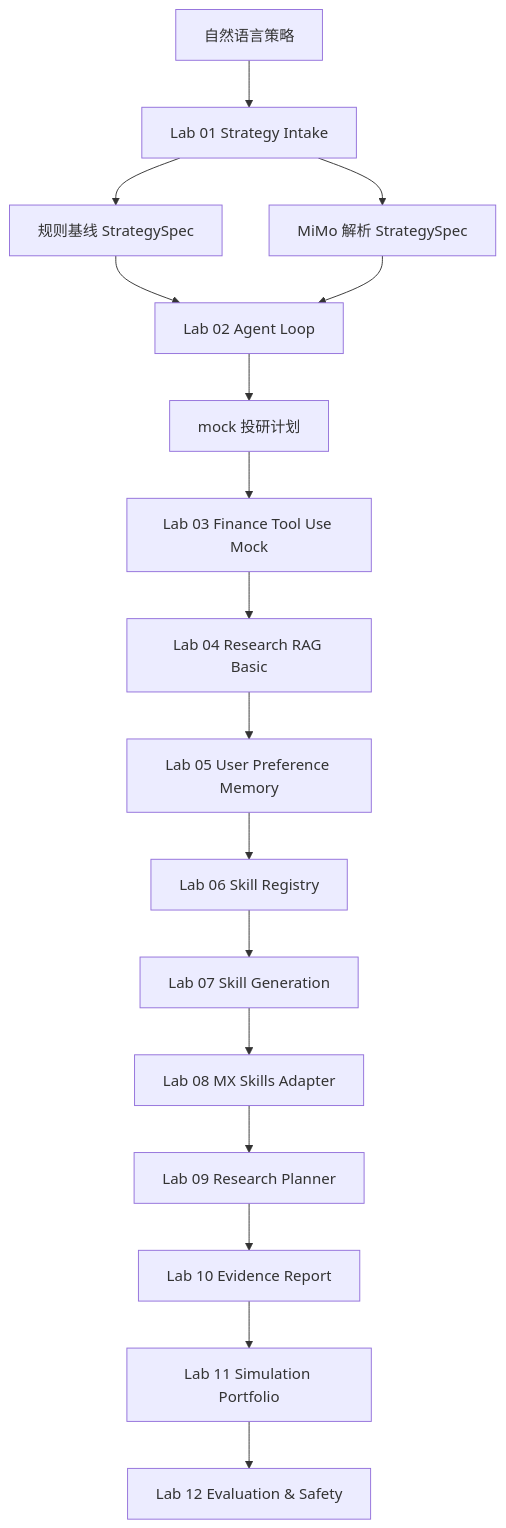
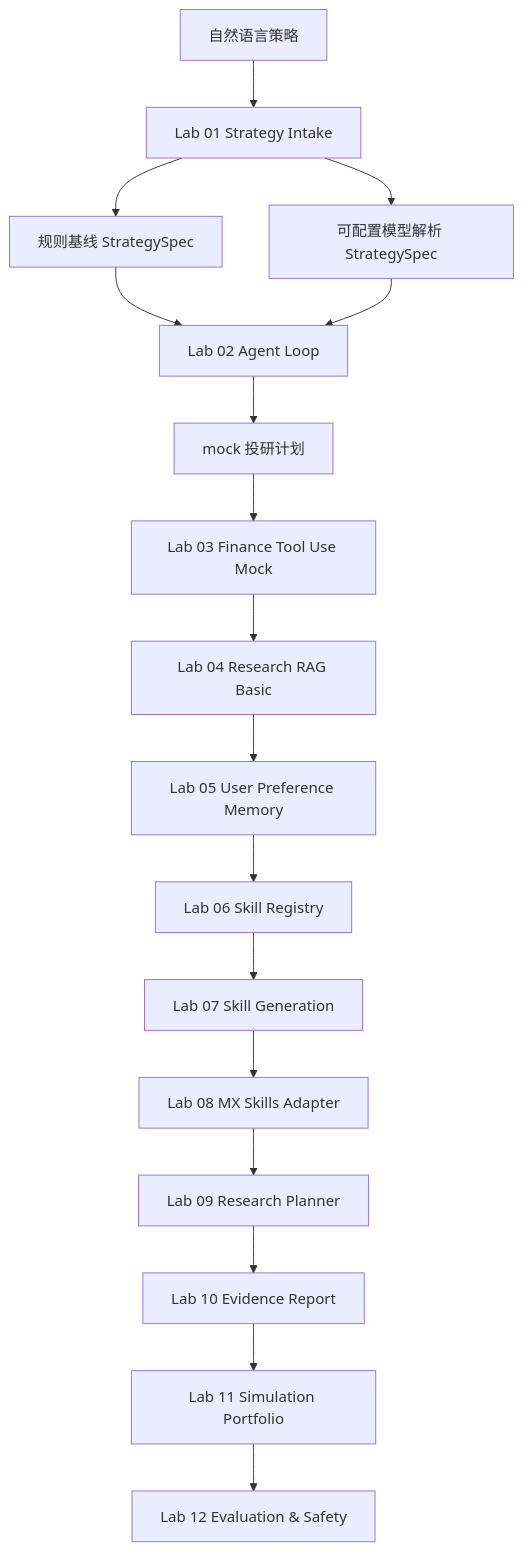
One commit to pittosporum-seu/Learning_Agent changed the third of 4 diagrams in docs/document-graph.md. Above: the diagram before and after it, drawn with Mermaid. The commit also changed other lines of this file and 20 other files, not shown here.

````diff
--- a/docs/document-graph.md
+++ b/docs/document-graph.md
@@ -72,19 +72,19 @@
 ```mermaid
 flowchart TD
     U["自然语言策略"] --> L01["Lab 01 Strategy Intake"]
     L01 --> R1["规则基线 StrategySpec"]
-    L01 --> M1["MiMo 解析 StrategySpec"]
+    L01 --> M1["可配置模型解析 StrategySpec"]
     R1 --> L02["Lab 02 Agent Loop"]
     M1 --> L02
     L02 --> P["mock 投研计划"]
     P --> L03["Lab 03 Finance Tool Use Mock"]
     L03 --> L04["Lab 04 Research RAG Basic"]
     L04 --> L05["Lab 05 User Preference Memory"]
     L05 --> L06["Lab 06 Skill Registry"]
     L06 --> L07["Lab 07 Skill Generation"]
     L07 --> L08["Lab 08 MX Skills Adapter"]
     L08 --> L09["Lab 09 Research Planner"]
     L09 --> L10["Lab 10 Evidence Report"]
     L10 --> L11["Lab 11 Simulation Portfolio"]
     L11 --> L12["Lab 12 Evaluation & Safety"]
 ```
````
